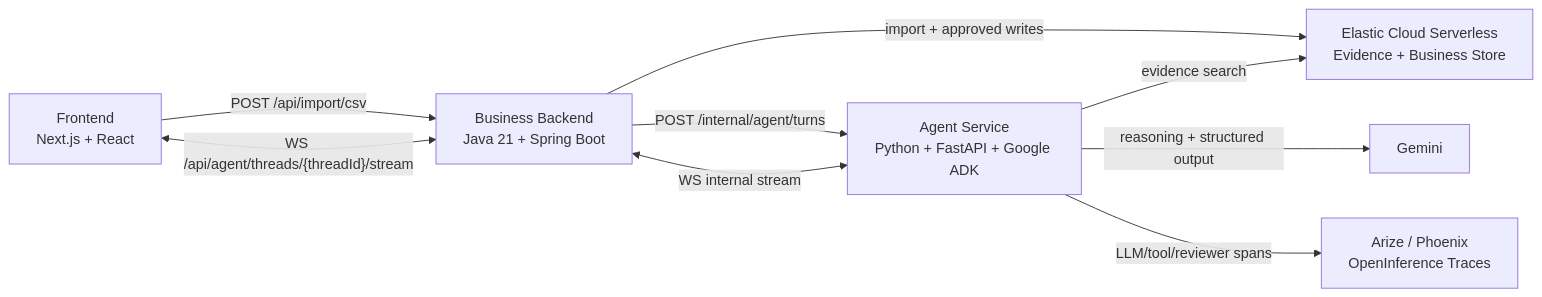
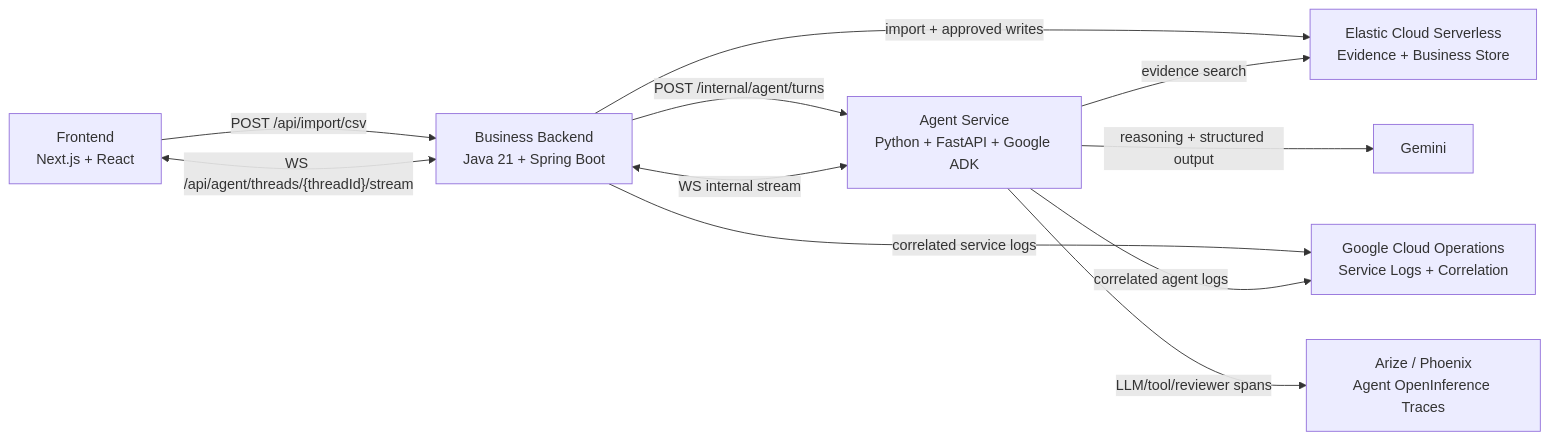
One commit to bbororo5/google_rapid_agent_hackaton changed the second of 2 diagrams in README.md. Above: the diagram before and after it, drawn with Mermaid. The commit also changed other lines of this file, not shown here.

Commit message:
Document service log observability

````diff
--- a/README.md
+++ b/README.md
@@ -176,18 +176,21 @@
 ```mermaid
 flowchart LR
     FE["Frontend<br/>Next.js + React"]
     BE["Business Backend<br/>Java 21 + Spring Boot"]
     PY["Agent Service<br/>Python + FastAPI + Google ADK"]
     ES["Elastic Cloud Serverless<br/>Evidence + Business Store"]
-    PH["Arize / Phoenix<br/>OpenInference Traces"]
+    OPS["Google Cloud Operations<br/>Service Logs + Correlation"]
+    PH["Arize / Phoenix<br/>Agent OpenInference Traces"]
     LLM["Gemini"]
 
     FE -->|"POST /api/import/csv"| BE
     FE <-->|"WS /api/agent/threads/{threadId}/stream"| BE
     BE -->|"POST /internal/agent/turns"| PY
     BE <-->|"WS internal stream"| PY
     BE -->|"import + approved writes"| ES
     PY -->|"evidence search"| ES
     PY -->|"reasoning + structured output"| LLM
+    BE -->|"correlated service logs"| OPS
+    PY -->|"correlated agent logs"| OPS
     PY -->|"LLM/tool/reviewer spans"| PH
 ```
````
